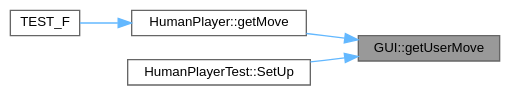
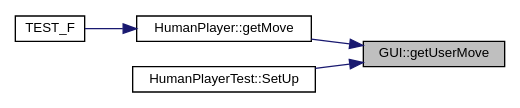
Before and after one commit to jesstyrrell/cosc345: the diagram in class_g_u_i_a90c3a671452b797db9f8ba481c84767c_icgraph.dot, drawn with Graphviz. The commit also changed 620 other files, not shown here.

```diff
--- a/class_g_u_i_a90c3a671452b797db9f8ba481c84767c_icgraph.dot
+++ b/class_g_u_i_a90c3a671452b797db9f8ba481c84767c_icgraph.dot
@@ -1,16 +1,15 @@
 digraph "GUI::getUserMove"
 {
  // INTERACTIVE_SVG=YES
  // LATEX_PDF_SIZE
-  bgcolor="transparent";
-  edge [fontname=Helvetica,fontsize=10,labelfontname=Helvetica,labelfontsize=10];
-  node [fontname=Helvetica,fontsize=10,shape=box,height=0.2,width=0.4];
+  edge [fontname="Helvetica",fontsize="10",labelfontname="Helvetica",labelfontsize="10"];
+  node [fontname="Helvetica",fontsize="10",shape=record];
   rankdir="RL";
-  Node1 [id="Node000001",label="GUI::getUserMove",height=0.2,width=0.4,color="gray40", fillcolor="grey60", style="filled", fontcolor="black",tooltip="Prompts the user for their move."];
-  Node1 -> Node2 [id="edge1_Node000001_Node000002",dir="back",color="steelblue1",style="solid",tooltip=" "];
-  Node2 [id="Node000002",label="HumanPlayer::getMove",height=0.2,width=0.4,color="grey40", fillcolor="white", style="filled",URL="$class_human_player.html#a5496268ce091ed4d6e4f2d8ff81b09f4",tooltip="Gets the player's move during their turn."];
-  Node2 -> Node3 [id="edge2_Node000002_Node000003",dir="back",color="steelblue1",style="solid",tooltip=" "];
-  Node3 [id="Node000003",label="TEST_F",height=0.2,width=0.4,color="grey40", fillcolor="white", style="filled",URL="$test___human_player_8cc.html#a38437ea9b1784f9346622a2135020993",tooltip=" "];
-  Node1 -> Node4 [id="edge3_Node000001_Node000004",dir="back",color="steelblue1",style="solid",tooltip=" "];
-  Node4 [id="Node000004",label="HumanPlayerTest::SetUp",height=0.2,width=0.4,color="grey40", fillcolor="white", style="filled",URL="$class_human_player_test.html#af7aa343e83c6efc46920bb9089b3b9f9",tooltip=" "];
+  Node1 [label="GUI::getUserMove",height=0.2,width=0.4,color="black", fillcolor="grey75", style="filled", fontcolor="black",tooltip="Prompts the user for their move."];
+  Node1 -> Node2 [dir="back",color="midnightblue",fontsize="10",style="solid",fontname="Helvetica"];
+  Node2 [label="HumanPlayer::getMove",height=0.2,width=0.4,color="black", fillcolor="white", style="filled",URL="$class_human_player.html#a5496268ce091ed4d6e4f2d8ff81b09f4",tooltip="Gets the player's move during their turn."];
+  Node2 -> Node3 [dir="back",color="midnightblue",fontsize="10",style="solid",fontname="Helvetica"];
+  Node3 [label="TEST_F",height=0.2,width=0.4,color="black", fillcolor="white", style="filled",URL="$test___human_player_8cc.html#a38437ea9b1784f9346622a2135020993",tooltip=" "];
+  Node1 -> Node4 [dir="back",color="midnightblue",fontsize="10",style="solid",fontname="Helvetica"];
+  Node4 [label="HumanPlayerTest::SetUp",height=0.2,width=0.4,color="black", fillcolor="white", style="filled",URL="$class_human_player_test.html#af7aa343e83c6efc46920bb9089b3b9f9",tooltip=" "];
 }
```
